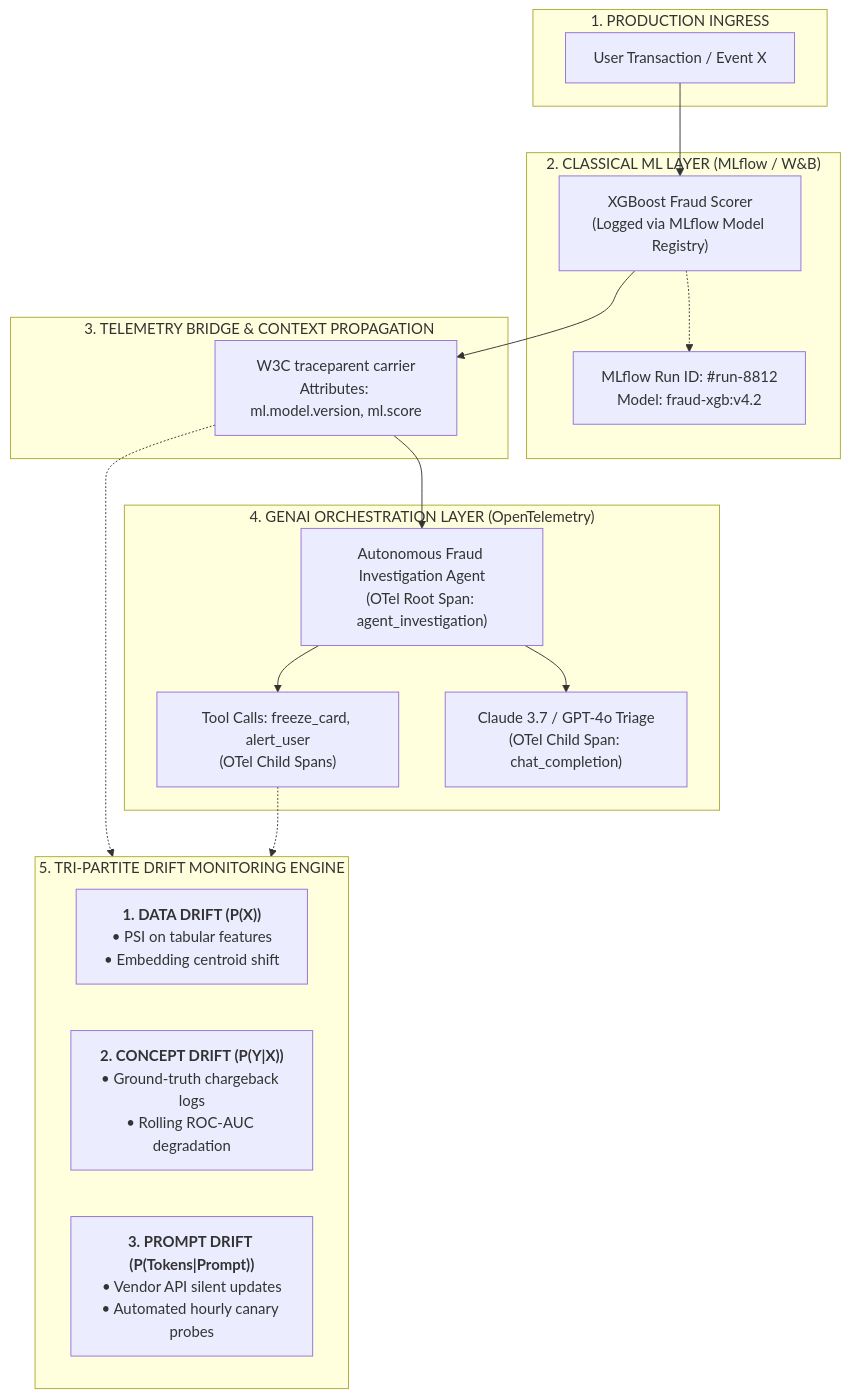
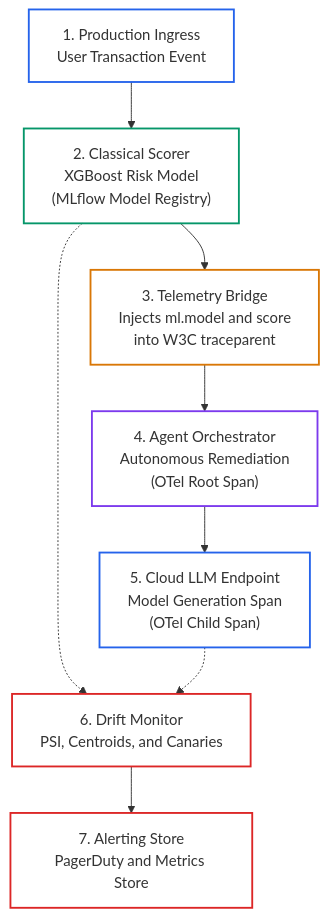
Before and after one commit to dip4k/senior-engineer-to-ai-engineer-roadmap: the first of 2 diagrams in 06-evals-and-observability/07-continuous-monitoring-drift-detection-and-canaries.md, drawn with Mermaid. The commit also changed other lines of this file and 10 other files, not shown here.

````diff
--- a/06-evals-and-observability/07-continuous-monitoring-drift-detection-and-canaries.md
+++ b/06-evals-and-observability/07-continuous-monitoring-drift-detection-and-canaries.md
@@ -49,35 +61,26 @@
 ```mermaid
 flowchart TD
-    subgraph Ingress["1. PRODUCTION INGRESS"]
-        Trans["User Transaction / Event X"]
-    end
+    Ingress["1. Production Ingress<br/>User Transaction Event"]
+    Scorer["2. Classical Scorer<br/>XGBoost Risk Model<br/>(MLflow Model Registry)"]
+    Bridge["3. Telemetry Bridge<br/>Injects ml.model and score<br/>into W3C traceparent"]
+    Agent["4. Agent Orchestrator<br/>Autonomous Remediation<br/>(OTel Root Span)"]
+    LLM["5. Cloud LLM Endpoint<br/>Model Generation Span<br/>(OTel Child Span)"]
+    Drift["6. Drift Monitor<br/>PSI, Centroids, and Canaries"]
+    Alert["7. Alerting Store<br/>PagerDuty and Metrics Store"]
 
-    subgraph ClassicalPlane["2. CLASSICAL ML LAYER (MLflow / W&B)"]
-        Scorer["XGBoost Fraud Scorer<br/>(Logged via MLflow Model Registry)"]
-        MLMeta["MLflow Run ID: #run-8812<br/>Model: fraud-xgb:v4.2"]
-    end
+    Ingress --> Scorer
+    Scorer --> Bridge
+    Bridge --> Agent
+    Agent --> LLM
+    Scorer -.-> Drift
+    LLM -.-> Drift
+    Drift --> Alert
 
-    subgraph OTelBridge["3. TELEMETRY BRIDGE & CONTEXT PROPAGATION"]
-        Carrier["W3C traceparent carrier<br/>Attributes: ml.model.version, ml.score"]
-    end
-
-    subgraph GenAIPlane["4. GENAI ORCHESTRATION LAYER (OpenTelemetry)"]
-        Agent["Autonomous Fraud Investigation Agent<br/>(OTel Root Span: agent_investigation)"]
-        Tools["Tool Calls: freeze_card, alert_user<br/>(OTel Child Spans)"]
-        LLM["Claude 3.7 / GPT-4o Triage<br/>(OTel Child Span: chat_completion)"]
-    end
-
-    subgraph DriftEngine["5. TRI-PARTITE DRIFT MONITORING ENGINE"]
-        D1["<b>1. DATA DRIFT (P(X))</b><br/>• PSI on tabular features<br/>• Embedding centroid shift"]
-        D2["<b>2. CONCEPT DRIFT (P(Y|X))</b><br/>• Ground-truth chargeback logs<br/>• Rolling ROC-AUC degradation"]
-        D3["<b>3. PROMPT DRIFT (P(Tokens|Prompt))</b><br/>• Vendor API silent updates<br/>• Automated hourly canary probes"]
-    end
-
-    Trans --> Scorer
-    Scorer -.-> MLMeta
-    Scorer --> Carrier
-    Carrier --> Agent
-    Agent --> Tools & LLM
-    Carrier -.-> DriftEngine
-    Tools -.-> DriftEngine
+    style Ingress fill:none,stroke:#2563eb,stroke-width:2px
+    style Scorer fill:none,stroke:#059669,stroke-width:2px
+    style Bridge fill:none,stroke:#d97706,stroke-width:2px
+    style Agent fill:none,stroke:#7c3aed,stroke-width:2px
+    style LLM fill:none,stroke:#2563eb,stroke-width:2px
+    style Drift fill:none,stroke:#dc2626,stroke-width:2px
+    style Alert fill:none,stroke:#dc2626,stroke-width:2px
 ```
````
